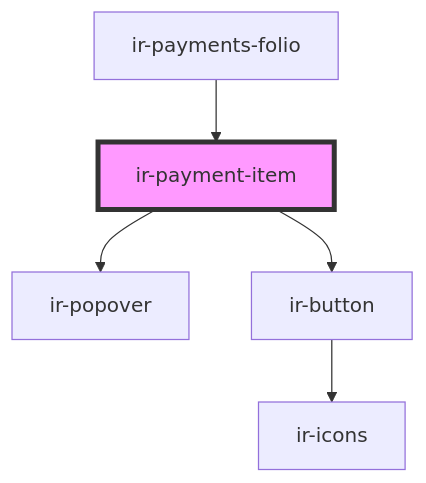
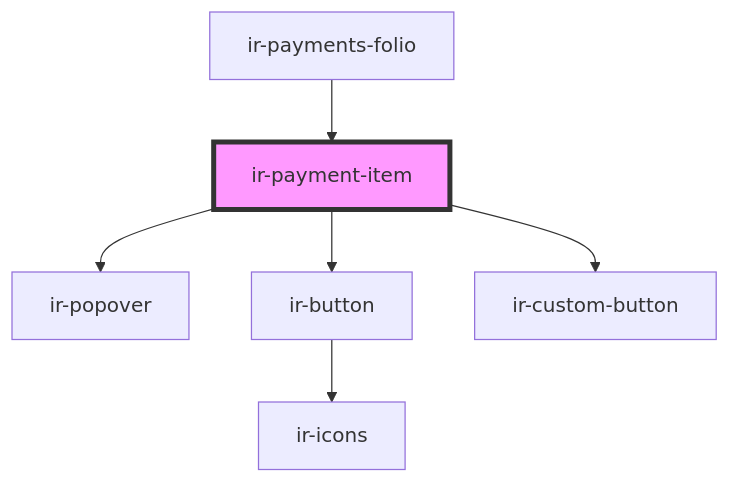
Before and after one commit to David1Chowaifaty/modified-ir-webcmp: the diagram in src/components/ir-booking-details/ir-payment-details/ir-payment-item/readme.md, drawn with Mermaid. The commit also changed other lines of this file and 70 other files, not shown here.

````diff
--- a/src/components/ir-booking-details/ir-payment-details/ir-payment-item/readme.md
+++ b/src/components/ir-booking-details/ir-payment-details/ir-payment-item/readme.md
@@ -43,8 +45,9 @@
 ```mermaid
 graph TD;
   ir-payment-item --> ir-popover
   ir-payment-item --> ir-button
+  ir-payment-item --> ir-custom-button
   ir-button --> ir-icons
   ir-payments-folio --> ir-payment-item
   style ir-payment-item fill:#f9f,stroke:#333,stroke-width:4px
 ```
````
